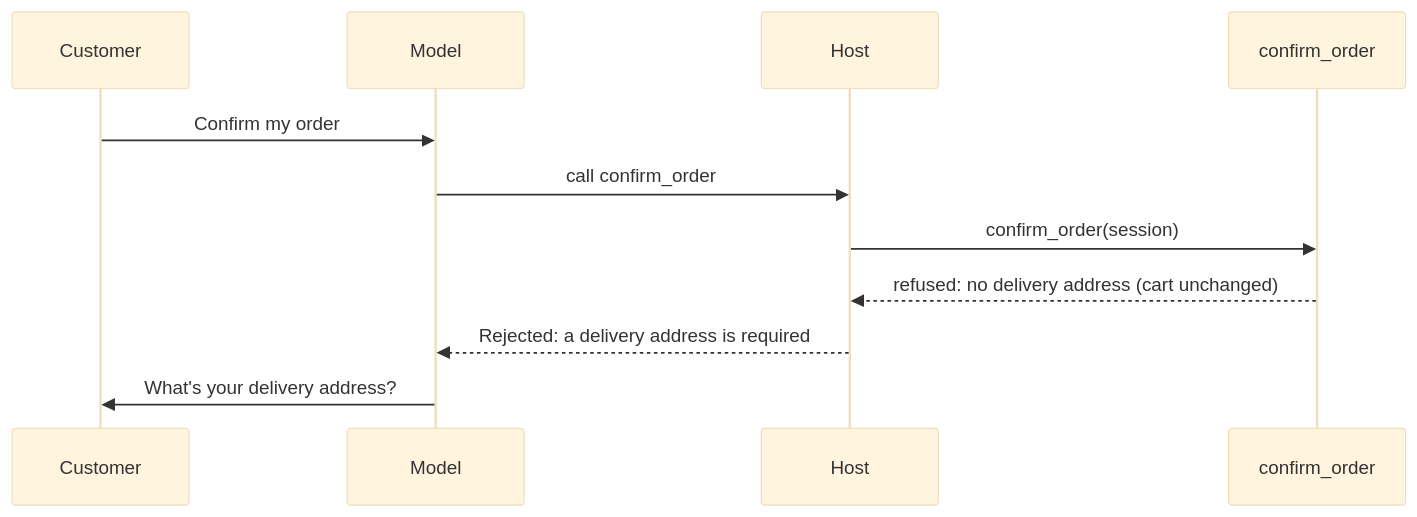
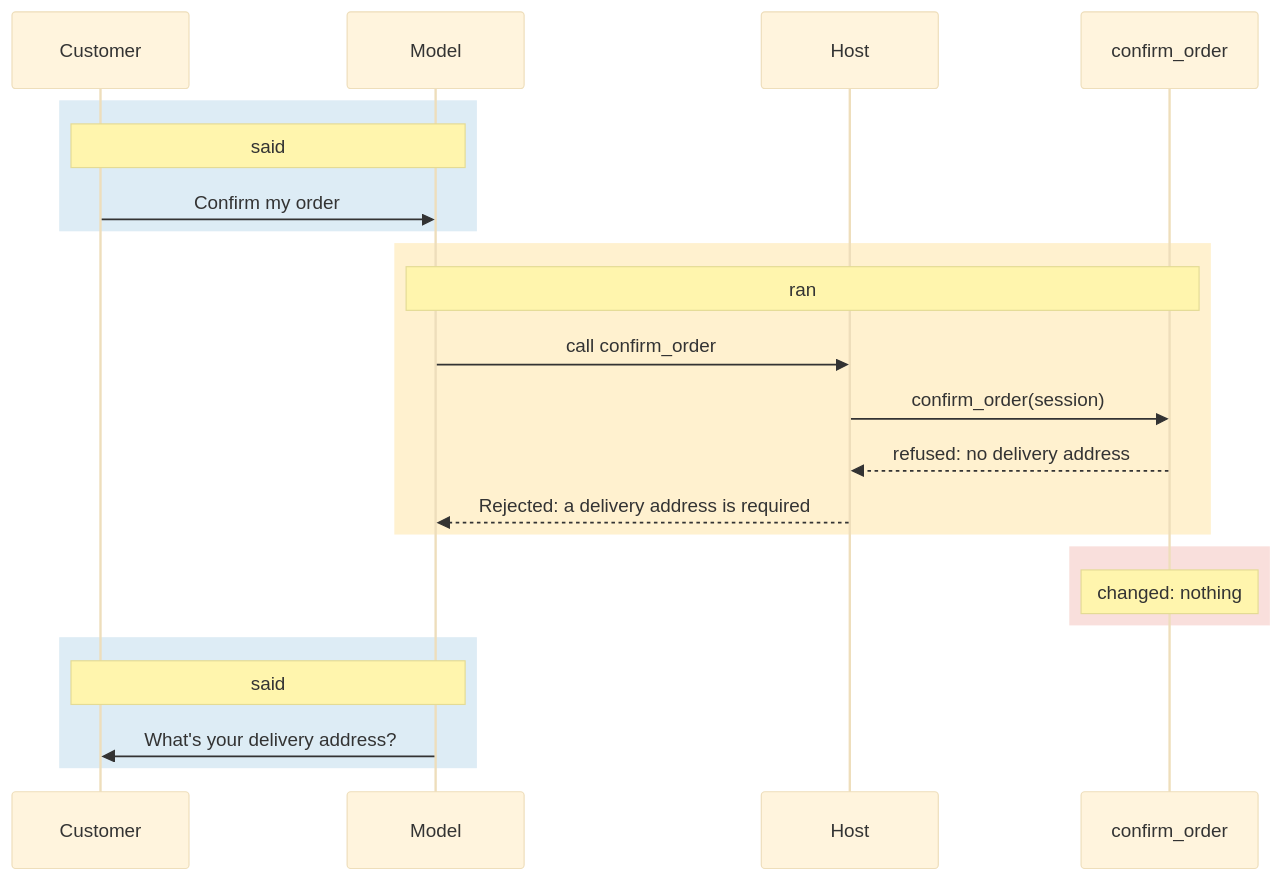
The diagram in README.md (adityakunar/agent-observability-101), drawn with Mermaid (base theme) before and after one commit. The commit also changed other lines of this file and 7 other files, not shown here.

````diff
--- a/README.md
+++ b/README.md
@@ -222,13 +224,25 @@
 ```mermaid
 sequenceDiagram
     participant C as Customer
     participant M as Model
     participant H as Host
     participant T as confirm_order
+    rect rgba(70, 150, 200, 0.18)
+    Note over C,M: said
     C->>M: Confirm my order
+    end
+    rect rgba(255, 190, 40, 0.22)
+    Note over M,T: ran
     M->>H: call confirm_order
     H->>T: confirm_order(session)
-    T-->>H: refused: no delivery address (cart unchanged)
+    T-->>H: refused: no delivery address
     H-->>M: Rejected: a delivery address is required
+    end
+    rect rgba(220, 80, 60, 0.18)
+    Note over T: changed: nothing
+    end
+    rect rgba(70, 150, 200, 0.18)
+    Note over C,M: said
     M->>C: What's your delivery address?
+    end
 ```
````
